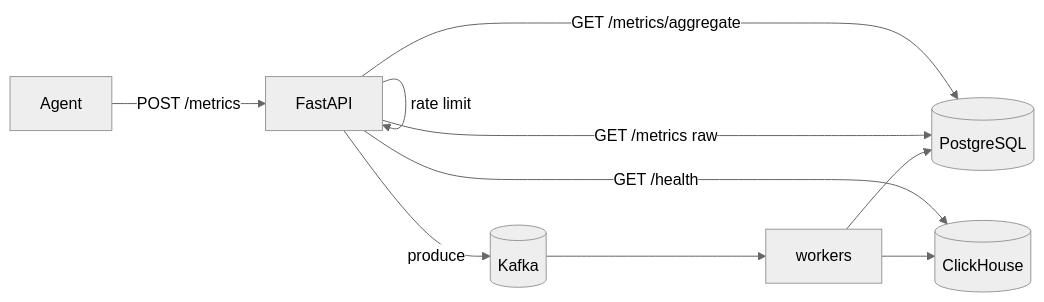
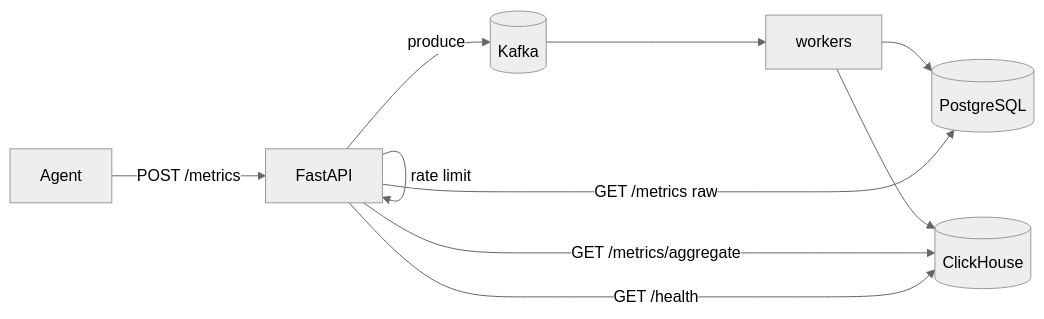
Before and after one commit to jayakrishnan98/InsightNode: the diagram in docs/phase-3-architecture.md, drawn with Mermaid (neutral theme). The commit also changed other lines of this file and 4 other files, not shown here.

````diff
--- a/docs/phase-3-architecture.md
+++ b/docs/phase-3-architecture.md
@@ -18,12 +18,12 @@
 ```mermaid
 flowchart LR
   Agent -->|POST /metrics| API[FastAPI]
   API -->|rate limit| API
   API -->|produce| K[(Kafka)]
   K --> W[workers]
   W --> PG[(PostgreSQL)]
   W --> CH[(ClickHouse)]
   API -->|GET /metrics raw| PG
-  API -->|GET /metrics/aggregate| PG
+  API -->|GET /metrics/aggregate| CH
   API -->|GET /health| CH
 ```
````
